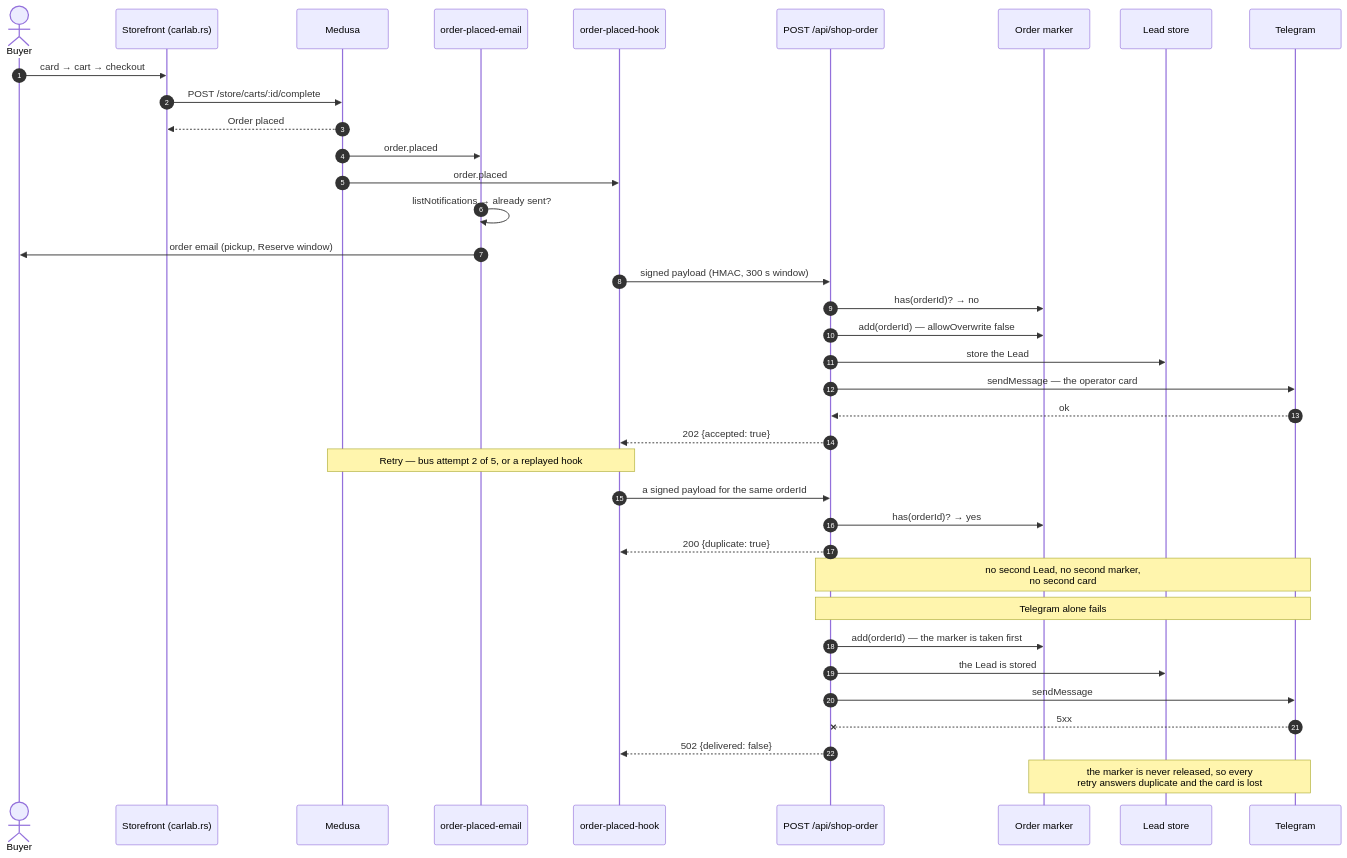
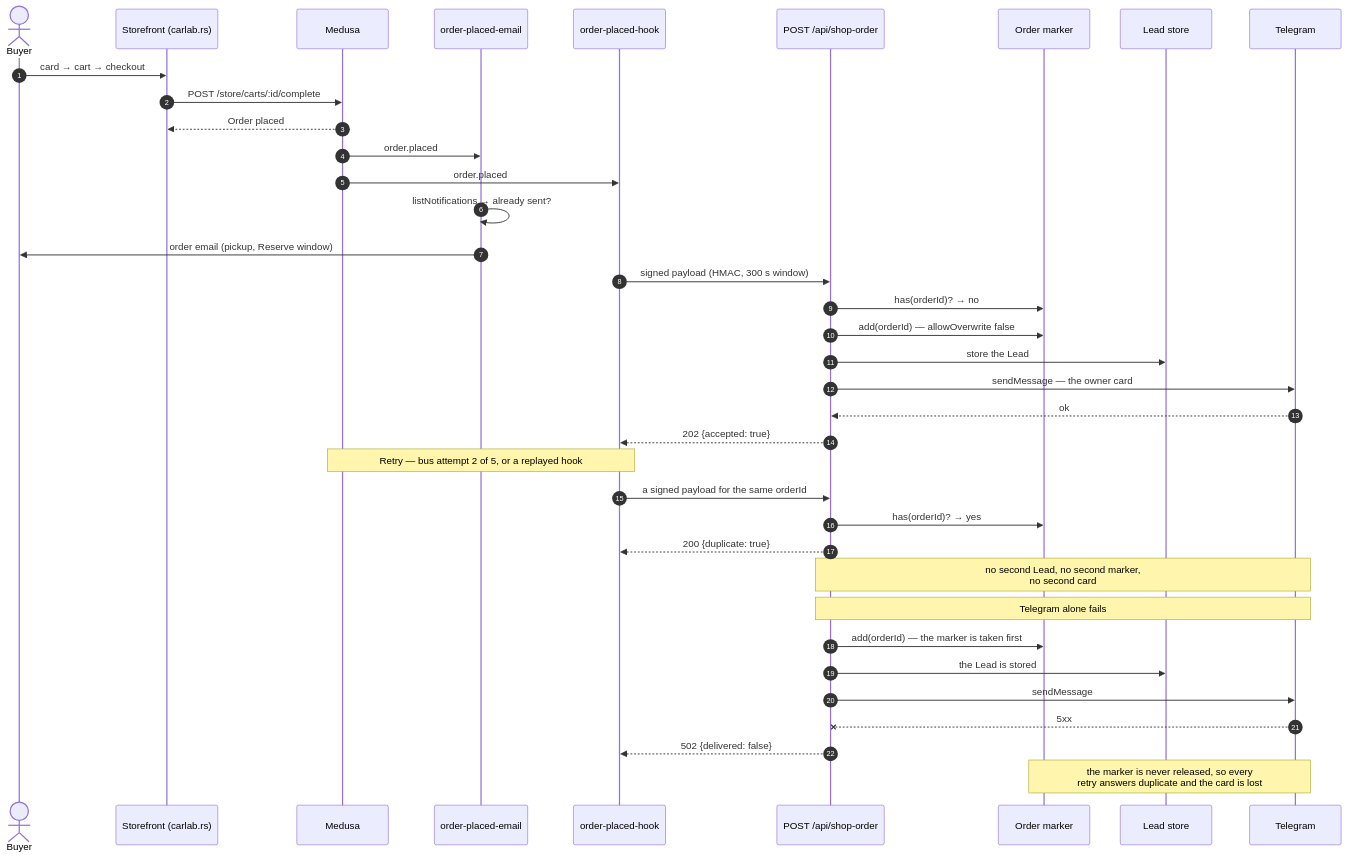
The second of 2 diagrams in docs/guides/shop-funnel-testing.md (Zikrasoft/approved_rs), drawn with Mermaid before and after one commit. The commit also changed other lines of this file and 40 other files, not shown here.

````diff
--- a/docs/guides/shop-funnel-testing.md
+++ b/docs/guides/shop-funnel-testing.md
@@ -310,44 +305,44 @@
 ```mermaid
 sequenceDiagram
   autonumber
   actor Buyer
   participant SF as Storefront (carlab.rs)
   participant M as Medusa
   participant EM as order-placed-email
   participant HK as order-placed-hook
   participant API as POST /api/shop-order
   participant MK as Order marker
   participant LS as Lead store
   participant TG as Telegram
 
   Buyer->>SF: card → cart → checkout
   SF->>M: POST /store/carts/:id/complete
   M-->>SF: Order placed
   M->>EM: order.placed
   M->>HK: order.placed
 
   EM->>EM: listNotifications → already sent?
   EM->>Buyer: order email (pickup, Reserve window)
 
   HK->>API: signed payload (HMAC, 300 s window)
   API->>MK: has(orderId)? → no
   API->>MK: add(orderId) — allowOverwrite false
   API->>LS: store the Lead
-  API->>TG: sendMessage — the operator card
+  API->>TG: sendMessage — the owner card
   TG-->>API: ok
   API-->>HK: 202 {accepted: true}
 
   Note over M,HK: Retry — bus attempt 2 of 5, or a replayed hook
   HK->>API: a signed payload for the same orderId
   API->>MK: has(orderId)? → yes
   API-->>HK: 200 {duplicate: true}
   Note over API,TG: no second Lead, no second marker,<br/>no second card
 
   Note over API,TG: Telegram alone fails
   API->>MK: add(orderId) — the marker is taken first
   API->>LS: the Lead is stored
   API->>TG: sendMessage
   TG--xAPI: 5xx
   API-->>HK: 502 {delivered: false}
   Note over MK,TG: the marker is never released, so every<br/>retry answers duplicate and the card is lost
 ```
````
